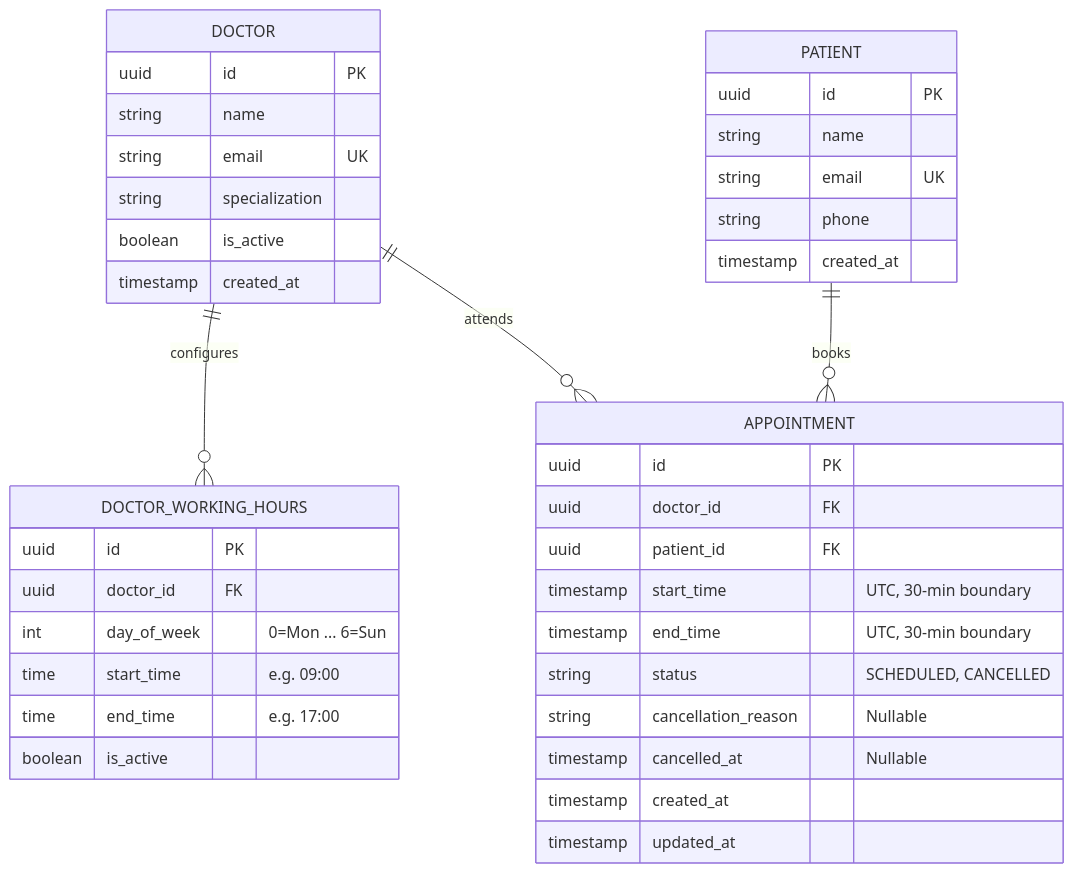
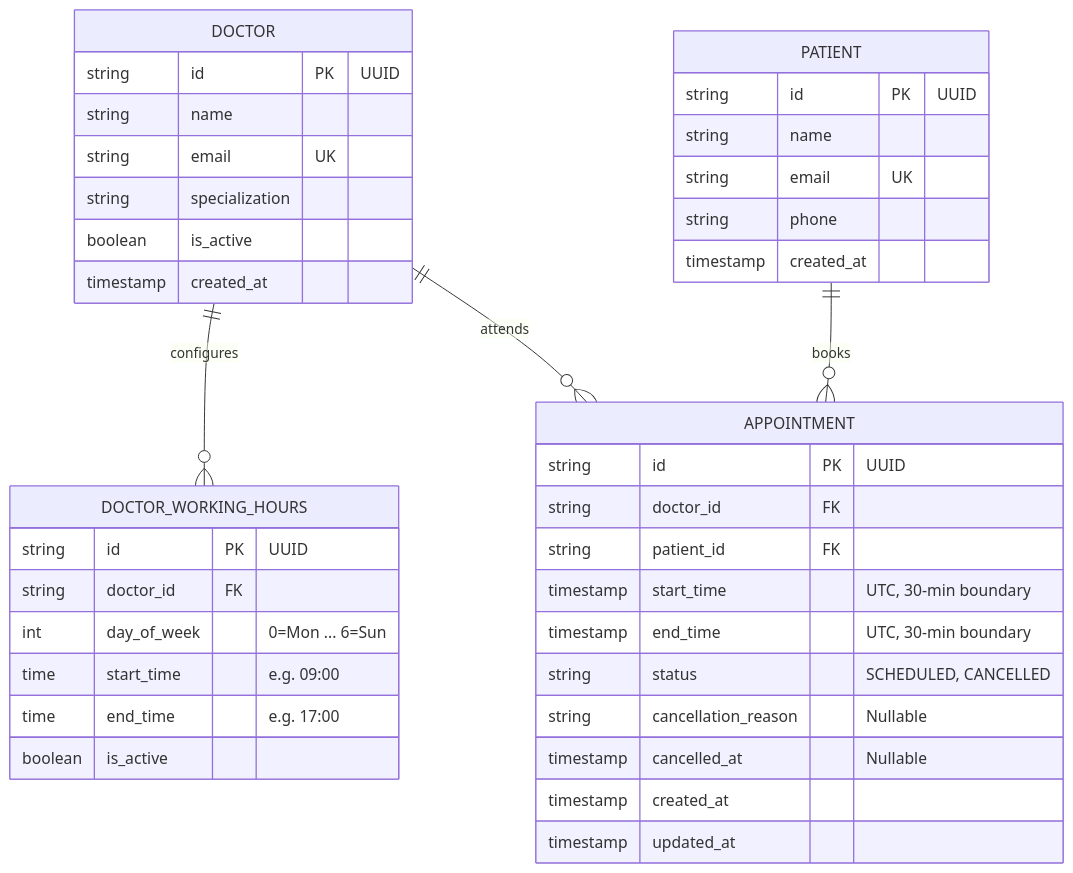
The second of 3 diagrams in README.md (GeraldWambui/savannah-clinic-booking-api), drawn with Mermaid before and after one commit. The commit also changed other lines of this file, not shown here.

````diff
--- a/README.md
+++ b/README.md
@@ -44,45 +61,45 @@
 ```mermaid
 erDiagram
     DOCTOR ||--o{ DOCTOR_WORKING_HOURS : "configures"
     DOCTOR ||--o{ APPOINTMENT : "attends"
     PATIENT ||--o{ APPOINTMENT : "books"
 
     DOCTOR {
-        uuid id PK
+        string id PK "UUID"
         string name
         string email UK
         string specialization
         boolean is_active
         timestamp created_at
     }
 
     DOCTOR_WORKING_HOURS {
-        uuid id PK
-        uuid doctor_id FK
+        string id PK "UUID"
+        string doctor_id FK
         int day_of_week "0=Mon ... 6=Sun"
         time start_time "e.g. 09:00"
         time end_time "e.g. 17:00"
         boolean is_active
     }
 
     PATIENT {
-        uuid id PK
+        string id PK "UUID"
         string name
         string email UK
         string phone
         timestamp created_at
     }
 
     APPOINTMENT {
-        uuid id PK
-        uuid doctor_id FK
-        uuid patient_id FK
+        string id PK "UUID"
+        string doctor_id FK
+        string patient_id FK
         timestamp start_time "UTC, 30-min boundary"
         timestamp end_time "UTC, 30-min boundary"
         string status "SCHEDULED, CANCELLED"
         string cancellation_reason "Nullable"
         timestamp cancelled_at "Nullable"
         timestamp created_at
         timestamp updated_at
     }
 ```
````
